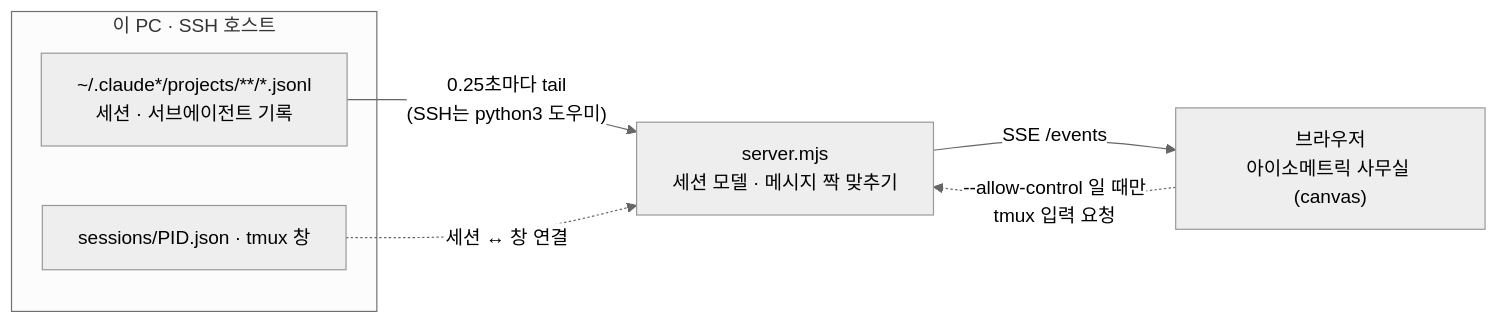
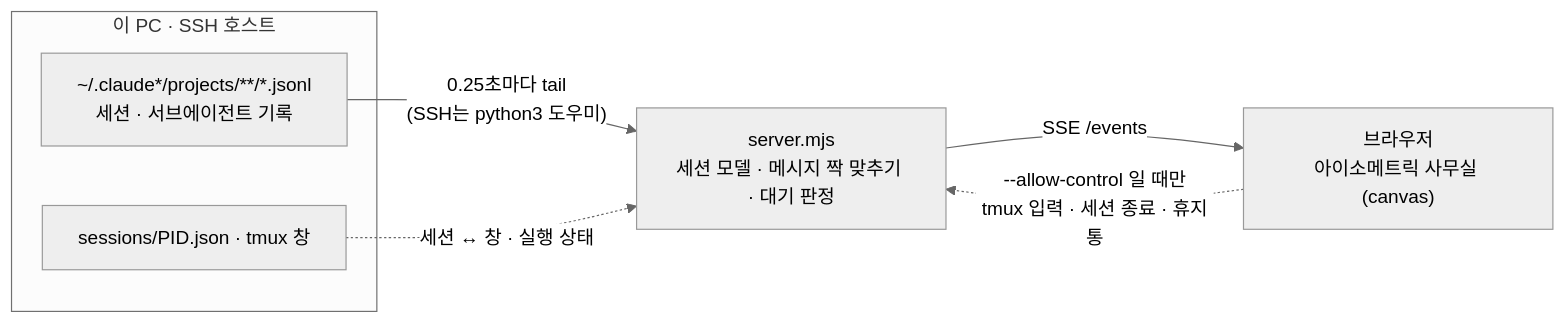
The diagram in README.md (morae00/claude-office), drawn with Mermaid (neutral theme) before and after one commit. The commit also changed other lines of this file and 13 other files, not shown here.

````diff
--- a/README.md
+++ b/README.md
@@ -225,11 +256,11 @@
 ```mermaid
 flowchart LR
   subgraph HOST["이 PC · SSH 호스트"]
     J["~/.claude*/projects/**/*.jsonl<br/>세션 · 서브에이전트 기록"]
     P["sessions/PID.json · tmux 창"]
   end
-  J -- "0.25초마다 tail<br/>(SSH는 python3 도우미)" --> S["server.mjs<br/>세션 모델 · 메시지 짝 맞추기"]
-  P -. "세션 ↔ 창 연결" .-> S
+  J -- "0.25초마다 tail<br/>(SSH는 python3 도우미)" --> S["server.mjs<br/>세션 모델 · 메시지 짝 맞추기 · 대기 판정"]
+  P -. "세션 ↔ 창 · 실행 상태" .-> S
   S -- "SSE /events" --> B["브라우저<br/>아이소메트릭 사무실 (canvas)"]
-  B -. "--allow-control 일 때만<br/>tmux 입력 요청" .-> S
+  B -. "--allow-control 일 때만<br/>tmux 입력 · 세션 종료 · 휴지통" .-> S
 ```
````
